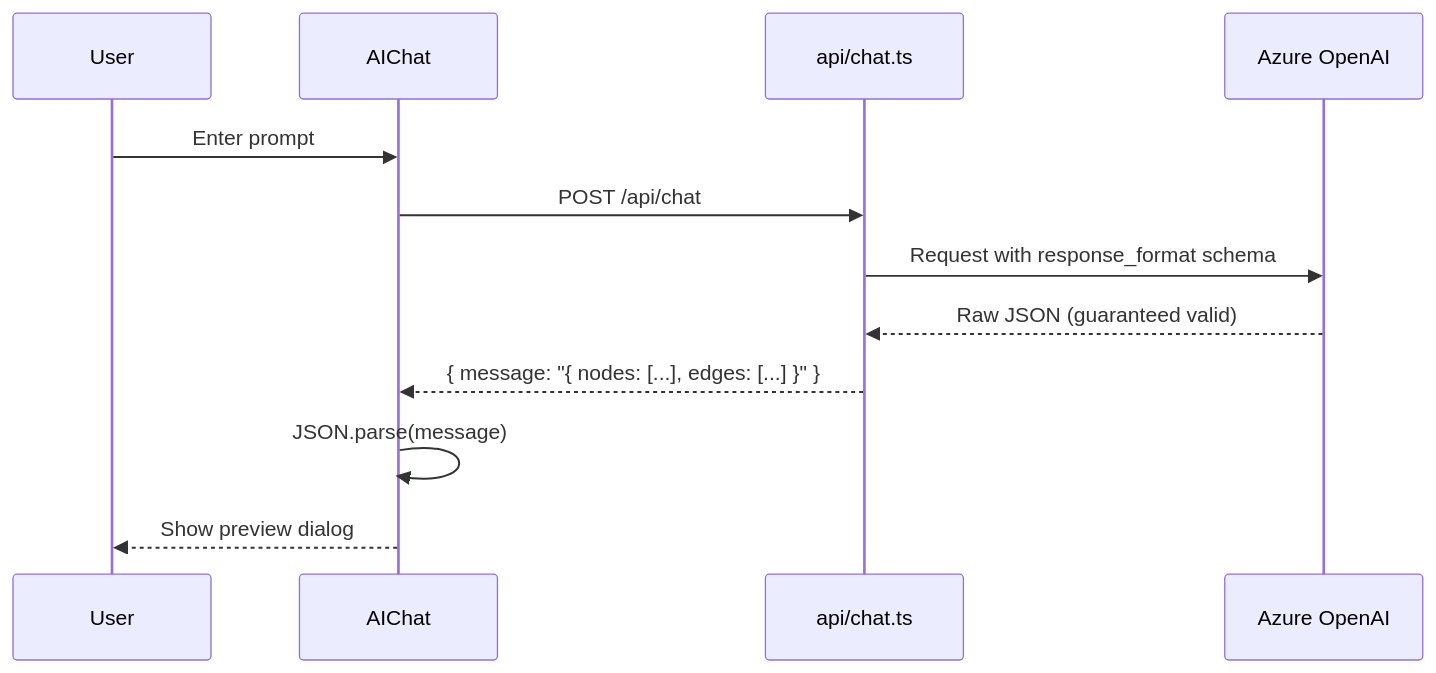
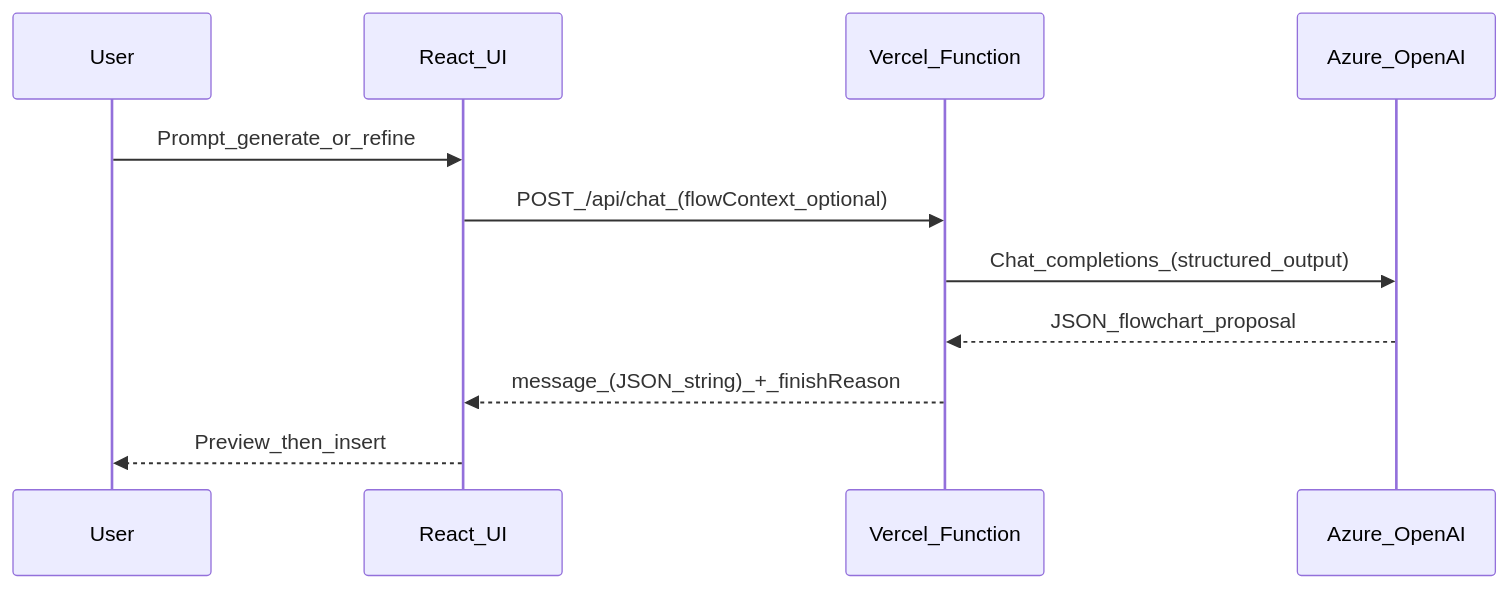
The diagram in README.md (tmcfarlane/flowchart), drawn with Mermaid before and after one commit. The commit also changed other lines of this file and 8 other files, not shown here.

````diff
--- a/README.md
+++ b/README.md
@@ -161,15 +87,14 @@
 ```mermaid
 sequenceDiagram
-    participant User
-    participant AIChat
-    participant API as api/chat.ts
-    participant Azure as Azure OpenAI
+  participant User
+  participant UI as React_UI
+  participant API as Vercel_Function
+  participant Azure as Azure_OpenAI
 
-    User->>AIChat: Enter prompt
-    AIChat->>API: POST /api/chat
-    API->>Azure: Request with response_format schema
-    Azure-->>API: Raw JSON (guaranteed valid)
-    API-->>AIChat: { message: "{ nodes: [...], edges: [...] }" }
-    AIChat->>AIChat: JSON.parse(message)
-    AIChat-->>User: Show preview dialog
+  User->>UI: Prompt_generate_or_refine
+  UI->>API: POST_/api/chat_(flowContext_optional)
+  API->>Azure: Chat_completions_(structured_output)
+  Azure-->>API: JSON_flowchart_proposal
+  API-->>UI: message_(JSON_string)_+_finishReason
+  UI-->>User: Preview_then_insert
 ```
````
